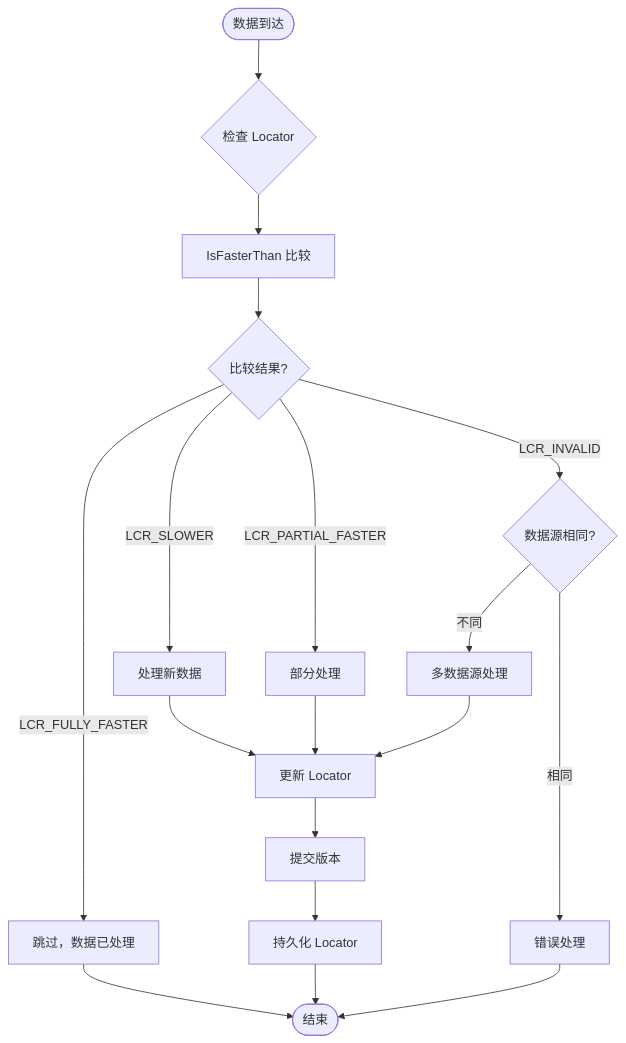
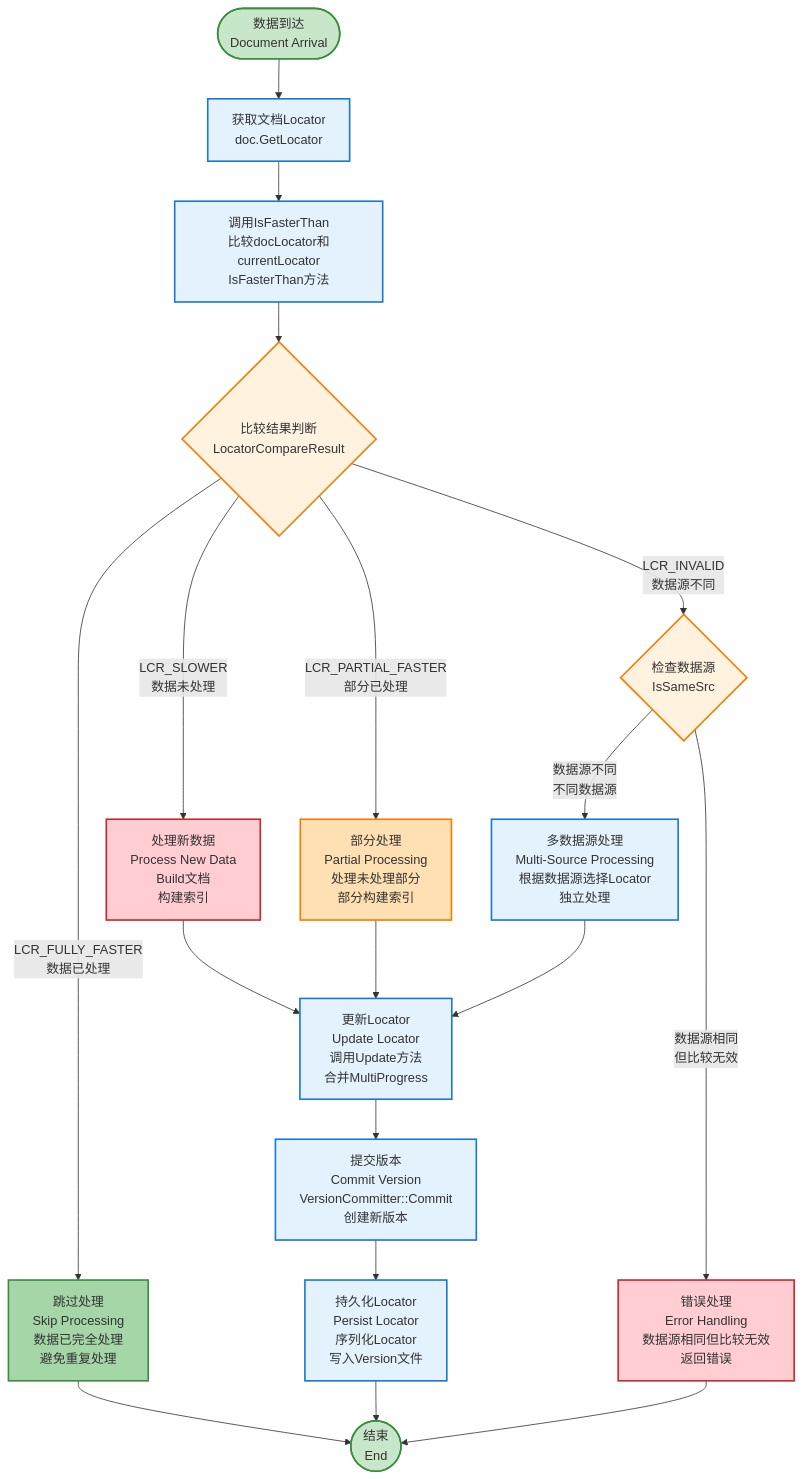
One commit to zhouzhilong-commits/zhouzhilong-commits.github.io changed diagram 20 of 44 in _posts/2025-07-22-indexlib-9-locator-consistency.md. Above: the diagram before and after it, drawn with Mermaid. The commit also changed other lines of this file and 6 other files, not shown here.

````diff
--- a/_posts/2025-07-22-indexlib-9-locator-consistency.md
+++ b/_posts/2025-07-22-indexlib-9-locator-consistency.md
@@ -1210,20 +1810,50 @@
 ```mermaid
-flowchart TD
-    Start([数据到达]) --> CheckLocator{检查 Locator}
-    CheckLocator --> Compare[IsFasterThan 比较]
-    Compare --> CheckResult{比较结果?}
-    CheckResult -->|LCR_FULLY_FASTER| Skip[跳过，数据已处理]
-    CheckResult -->|LCR_SLOWER| Process[处理新数据]
-    CheckResult -->|LCR_PARTIAL_FASTER| ProcessPartial[部分处理]
-    CheckResult -->|LCR_INVALID| CheckSrc{数据源相同?}
-    CheckSrc -->|不同| ProcessMulti[多数据源处理]
-    CheckSrc -->|相同| Error[错误处理]
-    Process --> UpdateLocator[更新 Locator]
+flowchart TB
+    Start([数据到达<br/>Document Arrival]) --> GetLocator[获取文档Locator<br/>doc.GetLocator]
+    
+    GetLocator --> Compare[调用IsFasterThan<br/>比较docLocator和currentLocator<br/>IsFasterThan方法]
+    
+    Compare --> CheckResult{比较结果判断<br/>LocatorCompareResult}
+    
+    CheckResult -->|LCR_FULLY_FASTER<br/>数据已处理| Skip[跳过处理<br/>Skip Processing<br/>数据已完全处理<br/>避免重复处理]
+    
+    CheckResult -->|LCR_SLOWER<br/>数据未处理| Process[处理新数据<br/>Process New Data<br/>Build文档<br/>构建索引]
+    
+    CheckResult -->|LCR_PARTIAL_FASTER<br/>部分已处理| ProcessPartial[部分处理<br/>Partial Processing<br/>处理未处理部分<br/>部分构建索引]
+    
+    CheckResult -->|LCR_INVALID<br/>数据源不同| CheckSrc{检查数据源<br/>IsSameSrc}
+    
+    CheckSrc -->|数据源不同<br/>不同数据源| ProcessMulti[多数据源处理<br/>Multi-Source Processing<br/>根据数据源选择Locator<br/>独立处理]
+    
+    CheckSrc -->|数据源相同<br/>但比较无效| Error[错误处理<br/>Error Handling<br/>数据源相同但比较无效<br/>返回错误]
+    
+    Process --> UpdateLocator[更新Locator<br/>Update Locator<br/>调用Update方法<br/>合并MultiProgress]
+    
     ProcessPartial --> UpdateLocator
+    
     ProcessMulti --> UpdateLocator
-    UpdateLocator --> Commit[提交版本]
-    Commit --> Persist[持久化 Locator]
-    Persist --> End([结束])
+    
+    UpdateLocator --> Commit[提交版本<br/>Commit Version<br/>VersionCommitter::Commit<br/>创建新版本]
+    
+    Commit --> Persist[持久化Locator<br/>Persist Locator<br/>序列化Locator<br/>写入Version文件]
+    
+    Persist --> End([结束<br/>End])
+    
     Skip --> End
     Error --> End
+    
+    style Start fill:#c8e6c9,stroke:#388e3c,stroke-width:2px
+    style End fill:#c8e6c9,stroke:#388e3c,stroke-width:2px
+    style GetLocator fill:#e3f2fd,stroke:#1976d2,stroke-width:2px
+    style Compare fill:#e3f2fd,stroke:#1976d2,stroke-width:2px
+    style CheckResult fill:#fff3e0,stroke:#f57c00,stroke-width:2px
+    style CheckSrc fill:#fff3e0,stroke:#f57c00,stroke-width:2px
+    style Skip fill:#a5d6a7,stroke:#388e3c,stroke-width:2px
+    style Process fill:#ffcdd2,stroke:#c62828,stroke-width:2px
+    style ProcessPartial fill:#ffe0b2,stroke:#f57c00,stroke-width:2px
+    style ProcessMulti fill:#e3f2fd,stroke:#1976d2,stroke-width:2px
+    style Error fill:#ffcdd2,stroke:#c62828,stroke-width:2px
+    style UpdateLocator fill:#e3f2fd,stroke:#1976d2,stroke-width:2px
+    style Commit fill:#e3f2fd,stroke:#1976d2,stroke-width:2px
+    style Persist fill:#e3f2fd,stroke:#1976d2,stroke-width:2px
 ```
````
